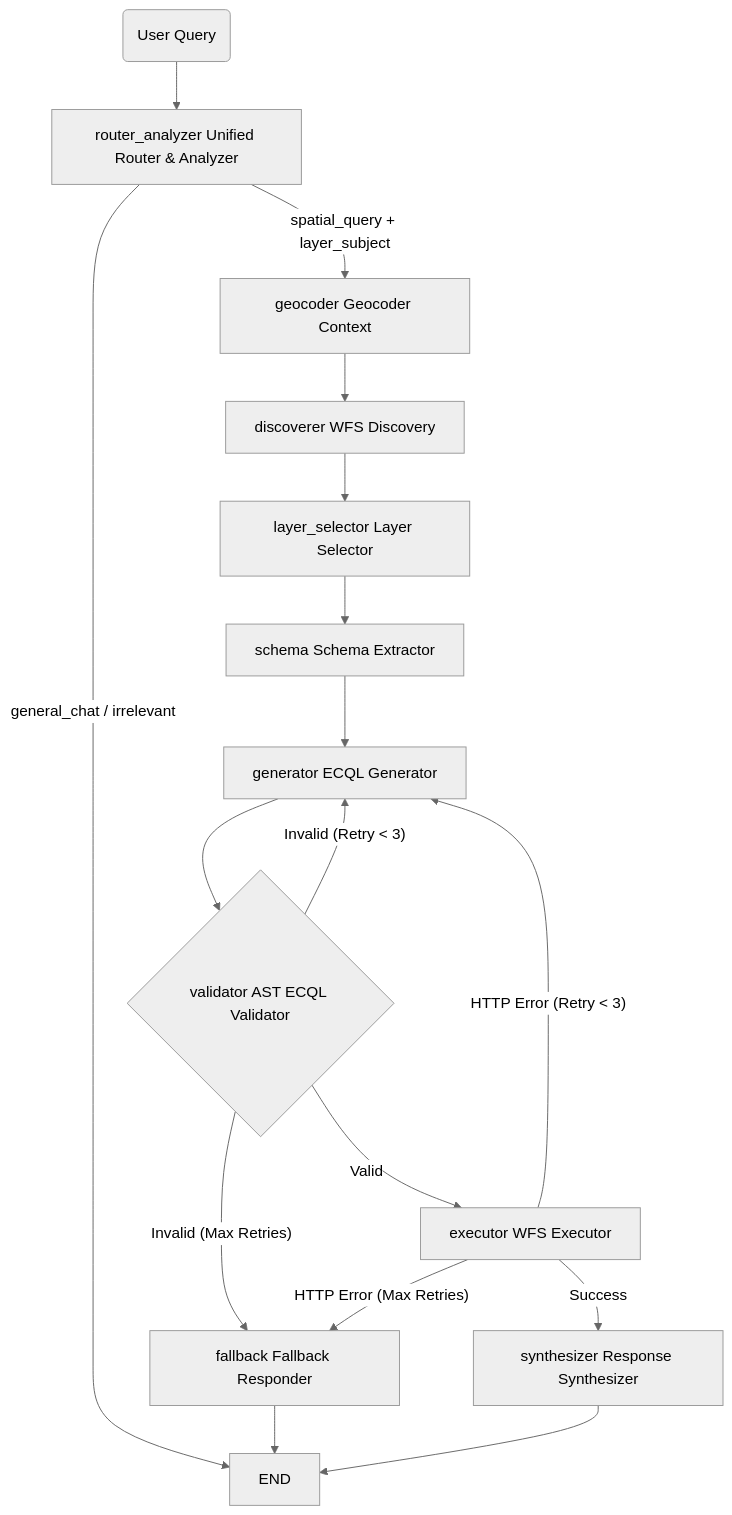
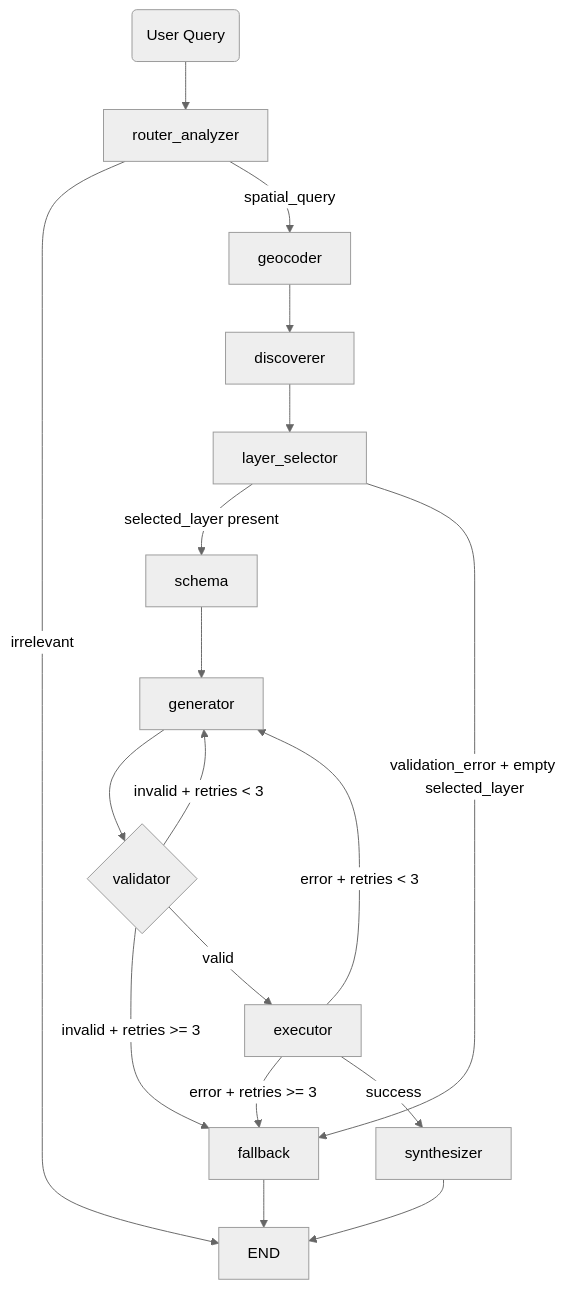
The diagram in SYSTEM_DESIGN.md (amir-ba/langgraph-ecql-agent), drawn with Mermaid (neutral theme) before and after one commit. The commit also changed other lines of this file and 30 other files, not shown here.

````diff
--- a/SYSTEM_DESIGN.md
+++ b/SYSTEM_DESIGN.md
@@ -56,25 +20,27 @@
 ```mermaid
 graph TD
-    START(User Query) --> RouterAnalyzer[router_analyzer Unified Router & Analyzer]
-    
-    RouterAnalyzer -- "general_chat / irrelevant" --> END
-    RouterAnalyzer -- "spatial_query + layer_subject" --> Geocoder[geocoder Geocoder Context]
-    
-    Geocoder --> Discoverer[discoverer WFS Discovery]
-    Discoverer --> LayerSelector[layer_selector Layer Selector]
-    LayerSelector --> Schema[schema Schema Extractor]
-    
-    Schema --> Generator[generator ECQL Generator]
-    
-    Generator --> Validator{validator AST ECQL Validator}
-    
-    Validator -- Invalid (Retry < 3) --> Generator
-    Validator -- Invalid (Max Retries) --> Fallback[fallback Fallback Responder] --> END
-    Validator -- Valid --> Executor[executor WFS Executor]
-    
-    Executor -- HTTP Error (Retry < 3) --> Generator
-    Executor -- Success --> Synthesizer[synthesizer Response Synthesizer]
-    Executor -- HTTP Error (Max Retries) --> Fallback
-    
-    Synthesizer --> END
+        START(User Query) --> Router[router_analyzer]
+
+        Router -- "irrelevant" --> END
+        Router -- "spatial_query" --> Geocoder[geocoder]
+
+        Geocoder --> Discoverer[discoverer]
+        Discoverer --> LayerSelector[layer_selector]
+
+        LayerSelector -- "selected_layer present" --> Schema[schema]
+        LayerSelector -- "validation_error + empty selected_layer" --> Fallback[fallback]
+
+        Schema --> Generator[generator]
+        Generator --> Validator{validator}
+
+        Validator -- "invalid + retries < 3" --> Generator
+        Validator -- "invalid + retries >= 3" --> Fallback
+        Validator -- "valid" --> Executor[executor]
+
+        Executor -- "error + retries < 3" --> Generator
+        Executor -- "error + retries >= 3" --> Fallback
+        Executor -- "success" --> Synthesizer[synthesizer]
+
+        Synthesizer --> END
+        Fallback --> END
 ```
````
